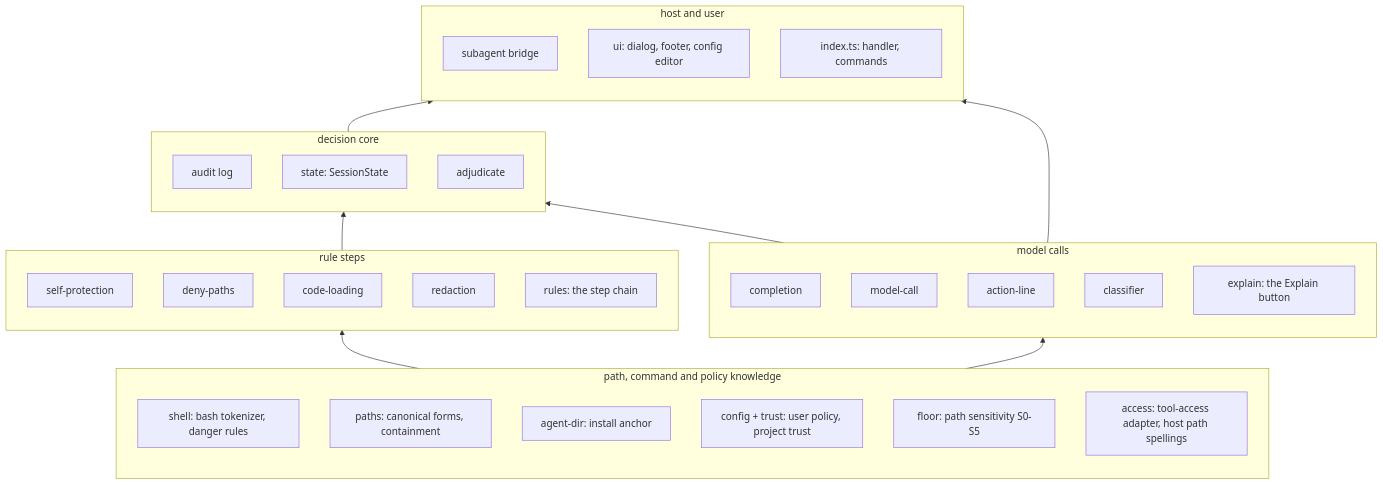
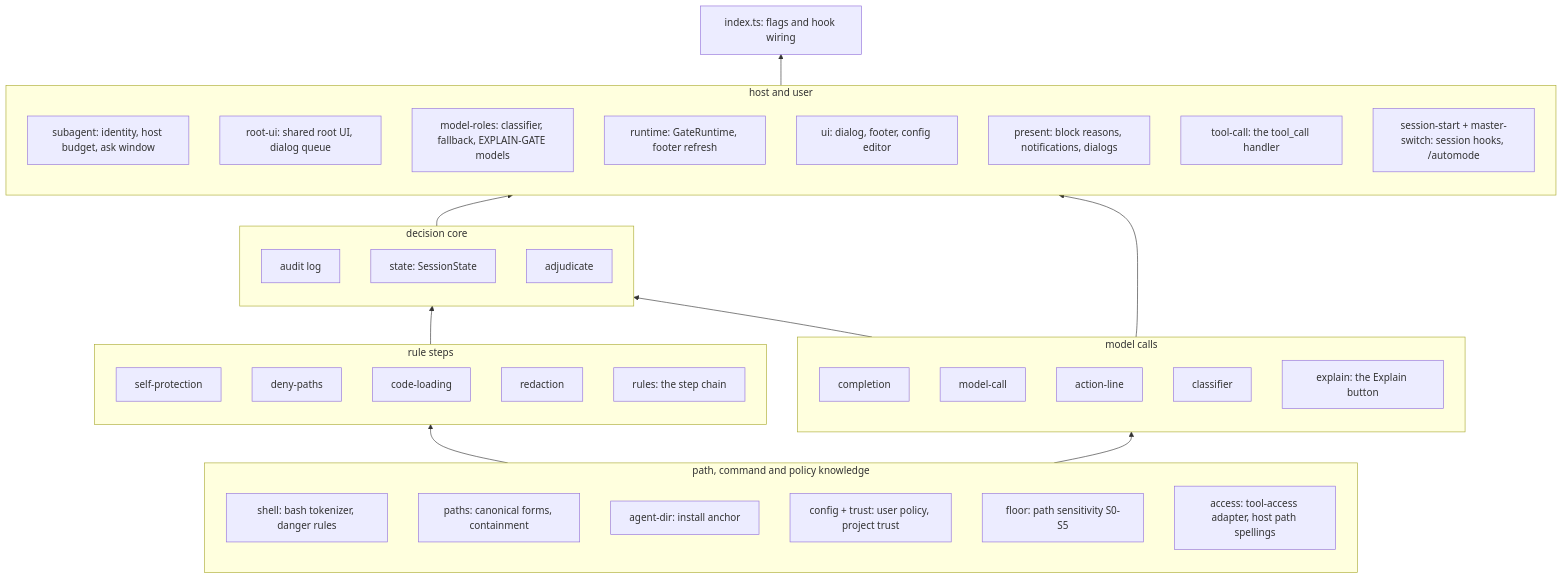
Before and after one commit to jonatsu/pi-verdict: the fifth of 5 diagrams in docs/architecture.md, drawn with Mermaid. The commit also changed other lines of this file, not shown here.

First line of the commit message:
docs(architecture): describe the split handler and host modules

````diff
--- a/docs/architecture.md
+++ b/docs/architecture.md
@@ -183,41 +193,48 @@
 ```mermaid
 flowchart BT
   subgraph knowledge [path, command and policy knowledge]
     shell[shell: bash tokenizer, danger rules]
     paths[paths: canonical forms, containment]
     agentdir[agent-dir: install anchor]
     config[config + trust: user policy, project trust]
     floor[floor: path sensitivity S0-S5]
     access[access: tool-access adapter, host path spellings]
   end
   subgraph layers [rule steps]
     self[self-protection]
     denyp[deny-paths]
     codeload[code-loading]
     redaction[redaction]
     rules[rules: the step chain]
   end
   subgraph model [model calls]
     completion[completion]
     modelcall[model-call]
     actionline[action-line]
     classifier[classifier]
     explain[explain: the Explain button]
   end
   subgraph core [decision core]
     audit[audit log]
     state[state: SessionState]
     adjudicate[adjudicate]
   end
   subgraph host [host and user]
-    subagent[subagent bridge]
+    subagent[subagent: identity, host budget, ask window]
+    rootui[root-ui: shared root UI, dialog queue]
+    roles[model-roles: classifier, fallback, EXPLAIN-GATE models]
+    runtime[runtime: GateRuntime, footer refresh]
     ui[ui: dialog, footer, config editor]
-    index[index.ts: handler, commands]
+    present[present: block reasons, notifications, dialogs]
+    toolcall[tool-call: the tool_call handler]
+    session[session-start + master-switch: session hooks, /automode]
   end
+  index[index.ts: flags and hook wiring]
   knowledge --> layers
   knowledge --> model
   layers --> core
   model --> core
   core --> host
   model --> host
+  host --> index
 ```
````
